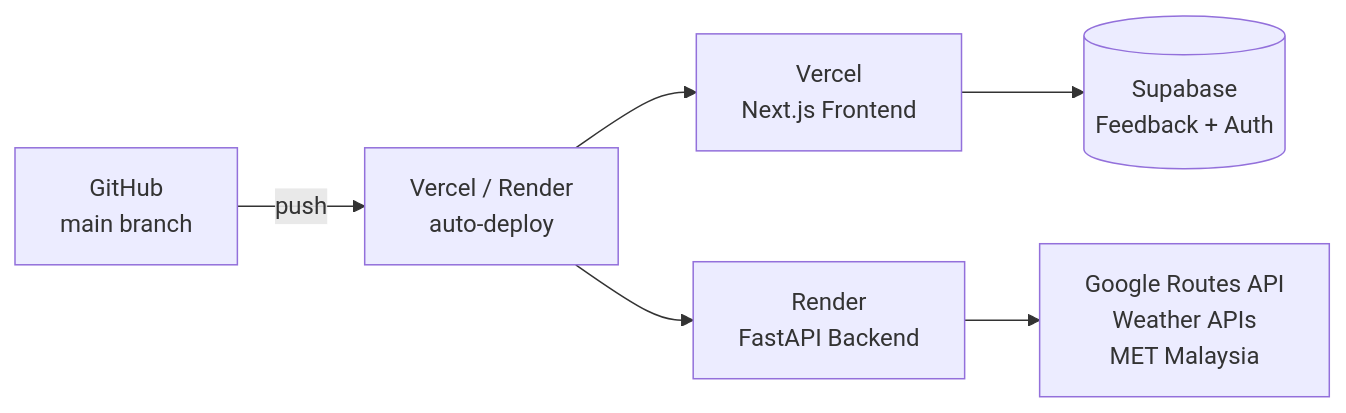
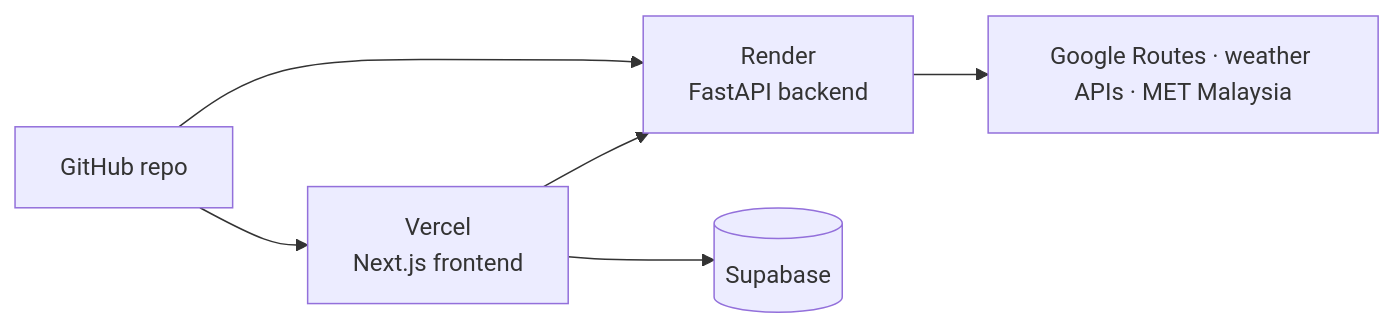
One commit to snsyaqirah/snsyaqirah.github.io changed diagram 17 of 17 in portfolio-react/public/docs/redahluhh.md. Above: the diagram before and after it, drawn with Mermaid. The commit also changed other lines of this file and 101 other files, not shown here.

````diff
--- a/portfolio-react/public/docs/redahluhh.md
+++ b/portfolio-react/public/docs/redahluhh.md
@@ -508,8 +503,8 @@
 ```mermaid
 graph LR
-    GH["GitHub\nmain branch"] -->|push| CI["Vercel / Render\nauto-deploy"]
-    CI --> FE["Vercel\nNext.js Frontend"]
-    CI --> BE["Render\nFastAPI Backend"]
-    BE --> EXT["Google Routes API\nWeather APIs\nMET Malaysia"]
-    FE --> SB[("Supabase\nFeedback + Auth")]
+    GH["GitHub repo"] --> V["Vercel<br/>Next.js frontend"]
+    GH --> RD["Render<br/>FastAPI backend"]
+    V --> SB[("Supabase")]
+    V --> RD
+    RD --> EXT["Google Routes · weather APIs · MET Malaysia"]
 ```
````
